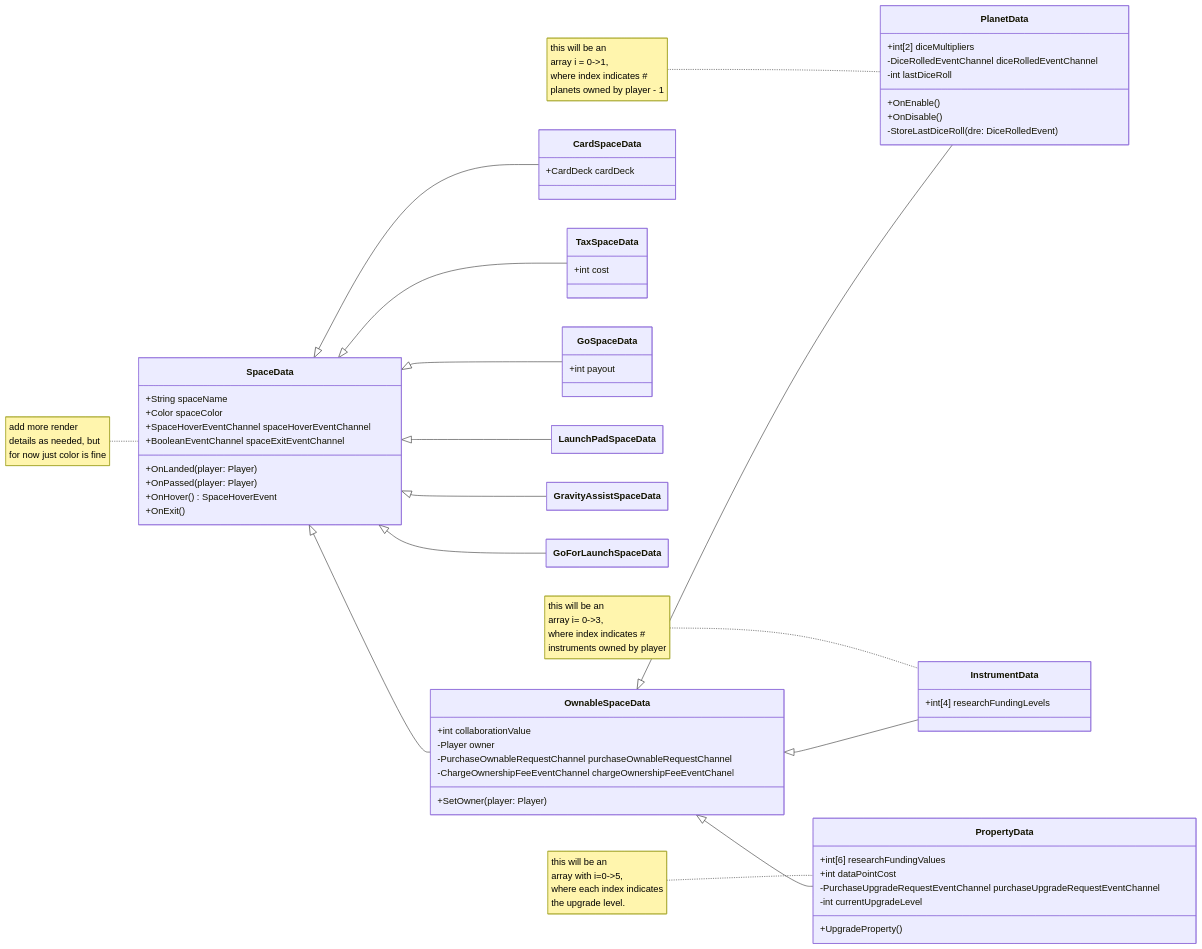
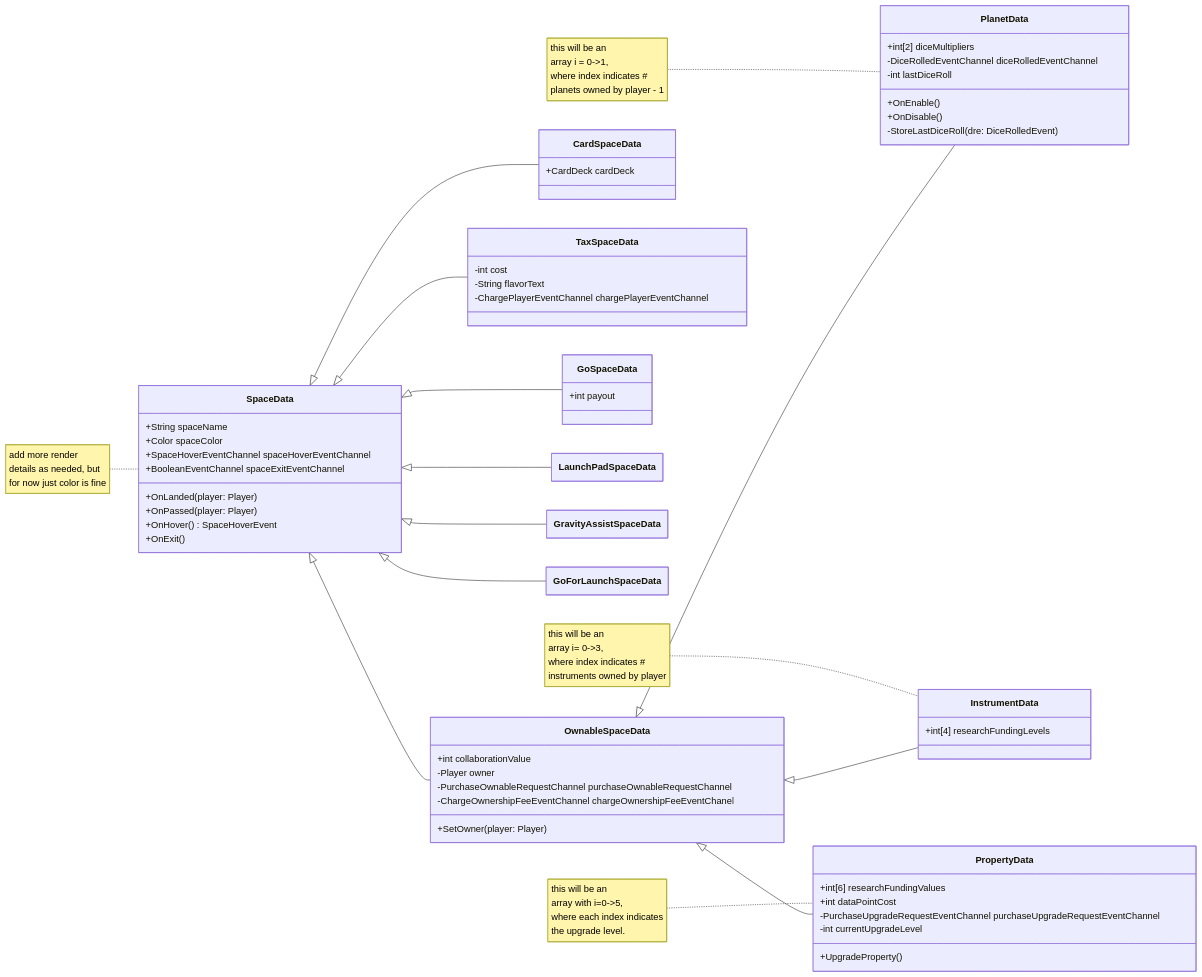
Before and after one commit to missiontopsyche-platinum/platinum_24a_game_psycheopoly-se: the diagram in Assets/Scripts/Data/SpaceData/SpaceData-Hierarchy.mmd, drawn with Mermaid. The commit also changed 8 other files, not shown here.

```diff
--- a/Assets/Scripts/Data/SpaceData/SpaceData-Hierarchy.mmd
+++ b/Assets/Scripts/Data/SpaceData/SpaceData-Hierarchy.mmd
@@ -1,88 +1,90 @@
 ---
 config:
     class:
         hideEmptyMembersBox: true
 ---
 classDiagram
     direction LR
     
     note for SpaceData  "add more render
                         details as needed, but
                         for now just color is fine"
     class SpaceData{
         +String spaceName
         +Color spaceColor
         +SpaceHoverEventChannel spaceHoverEventChannel
         +BooleanEventChannel spaceExitEventChannel
         +OnLanded(player: Player)
         +OnPassed(player: Player)
         +OnHover() SpaceHoverEvent
         +OnExit()
     }
     class OwnableSpaceData{
         +int collaborationValue
         -Player owner
         -PurchaseOwnableRequestChannel purchaseOwnableRequestChannel
         -ChargeOwnershipFeeEventChannel chargeOwnershipFeeEventChanel
         +SetOwner(player: Player)
     }
     
     note for PropertyData       "this will be an
                                 array with i=0->5,
                                 where each index indicates
                                 the upgrade level."
     class PropertyData{
         +int[6] researchFundingValues
         +int dataPointCost
         -PurchaseUpgradeRequestEventChannel purchaseUpgradeRequestEventChannel
         -int currentUpgradeLevel
         +UpgradeProperty()
     }
     
     note for PlanetData         "this will be an
                                 array i = 0->1,
                                 where index indicates # 
                                 planets owned by player - 1"
     class PlanetData{
         +int[2] diceMultipliers
         -DiceRolledEventChannel diceRolledEventChannel
         -int lastDiceRoll
         +OnEnable()
         +OnDisable()
         -StoreLastDiceRoll(dre: DiceRolledEvent)
     }
     
     note for InstrumentData     "this will be an
                                 array i= 0->3,
                                 where index indicates #
                                 instruments owned by player"
     class InstrumentData{
         +int[4] researchFundingLevels
     }
     
     class CardSpaceData{
         +CardDeck cardDeck
     }
     
     class TaxSpaceData{
-        +int cost
+        -int cost
+        -String flavorText
+        -ChargePlayerEventChannel chargePlayerEventChannel
     }
     
     class GoSpaceData{
         +int payout
     }
 
     class LaunchPadSpaceData
     class GravityAssistSpaceData
     class GoForLaunchSpaceData
 
     SpaceData <|-- TaxSpaceData
     SpaceData <|-- GoSpaceData
     SpaceData <|-- GoForLaunchSpaceData
     SpaceData <|-- GravityAssistSpaceData
     SpaceData <|-- LaunchPadSpaceData
     SpaceData <|-- CardSpaceData
     SpaceData <|-- OwnableSpaceData
     OwnableSpaceData <|-- PlanetData
     OwnableSpaceData <|-- InstrumentData
     OwnableSpaceData <|-- PropertyData
```
